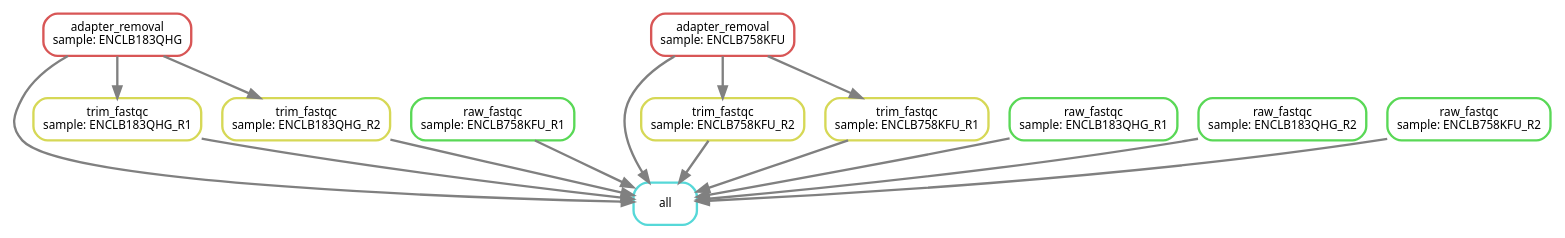
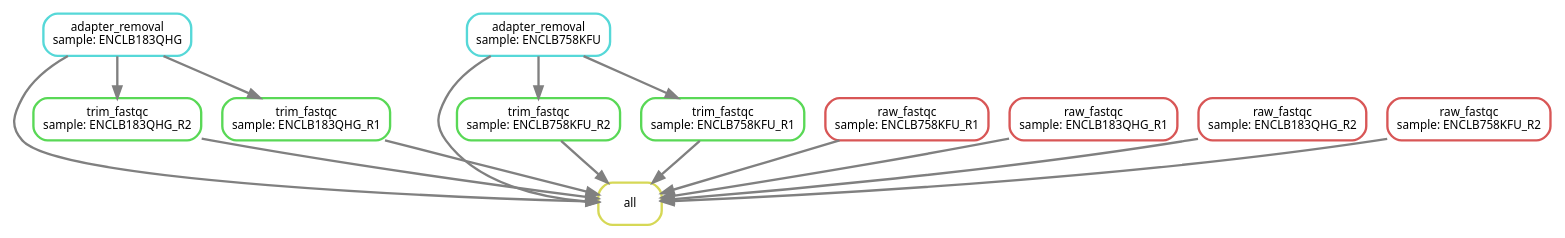
The diagram in output/dag.dot (DRMCRL/ENCODE_T47D_HiC_ENCSR549MGQ), drawn with Graphviz before and after one commit. The commit also changed 21 other files, not shown here.

```diff
--- a/output/dag.dot
+++ b/output/dag.dot
@@ -1,30 +1,30 @@
 digraph snakemake_dag {
     graph[bgcolor=white, margin=0];
     node[shape=box, style=rounded, fontname=sans,                 fontsize=10, penwidth=2];
     edge[penwidth=2, color=grey];
-	0[label = "all", color = "0.50 0.6 0.85", style="rounded"];
-	1[label = "trim_fastqc\nsample: ENCLB183QHG_R1", color = "0.17 0.6 0.85", style="rounded"];
-	2[label = "raw_fastqc\nsample: ENCLB758KFU_R1", color = "0.33 0.6 0.85", style="rounded"];
-	3[label = "trim_fastqc\nsample: ENCLB758KFU_R2", color = "0.17 0.6 0.85", style="rounded"];
-	4[label = "raw_fastqc\nsample: ENCLB183QHG_R1", color = "0.33 0.6 0.85", style="rounded"];
-	5[label = "adapter_removal\nsample: ENCLB758KFU", color = "0.00 0.6 0.85", style="rounded"];
-	6[label = "trim_fastqc\nsample: ENCLB758KFU_R1", color = "0.17 0.6 0.85", style="rounded"];
-	7[label = "trim_fastqc\nsample: ENCLB183QHG_R2", color = "0.17 0.6 0.85", style="rounded"];
-	8[label = "raw_fastqc\nsample: ENCLB183QHG_R2", color = "0.33 0.6 0.85", style="rounded"];
-	9[label = "raw_fastqc\nsample: ENCLB758KFU_R2", color = "0.33 0.6 0.85", style="rounded"];
-	10[label = "adapter_removal\nsample: ENCLB183QHG", color = "0.00 0.6 0.85", style="rounded"];
+	0[label = "all", color = "0.17 0.6 0.85", style="rounded"];
+	1[label = "trim_fastqc\nsample: ENCLB183QHG_R2", color = "0.33 0.6 0.85", style="rounded"];
+	2[label = "adapter_removal\nsample: ENCLB183QHG", color = "0.50 0.6 0.85", style="rounded"];
+	3[label = "trim_fastqc\nsample: ENCLB758KFU_R2", color = "0.33 0.6 0.85", style="rounded"];
+	4[label = "raw_fastqc\nsample: ENCLB758KFU_R1", color = "0.00 0.6 0.85", style="rounded"];
+	5[label = "raw_fastqc\nsample: ENCLB183QHG_R1", color = "0.00 0.6 0.85", style="rounded"];
+	6[label = "raw_fastqc\nsample: ENCLB183QHG_R2", color = "0.00 0.6 0.85", style="rounded"];
+	7[label = "trim_fastqc\nsample: ENCLB758KFU_R1", color = "0.33 0.6 0.85", style="rounded"];
+	8[label = "raw_fastqc\nsample: ENCLB758KFU_R2", color = "0.00 0.6 0.85", style="rounded"];
+	9[label = "adapter_removal\nsample: ENCLB758KFU", color = "0.50 0.6 0.85", style="rounded"];
+	10[label = "trim_fastqc\nsample: ENCLB183QHG_R1", color = "0.33 0.6 0.85", style="rounded"];
 	1 -> 0
 	2 -> 0
 	3 -> 0
 	4 -> 0
 	5 -> 0
 	6 -> 0
 	7 -> 0
 	8 -> 0
 	9 -> 0
 	10 -> 0
-	10 -> 1
-	5 -> 3
-	5 -> 6
-	10 -> 7
+	2 -> 1
+	9 -> 3
+	9 -> 7
+	2 -> 10
 }            
```
